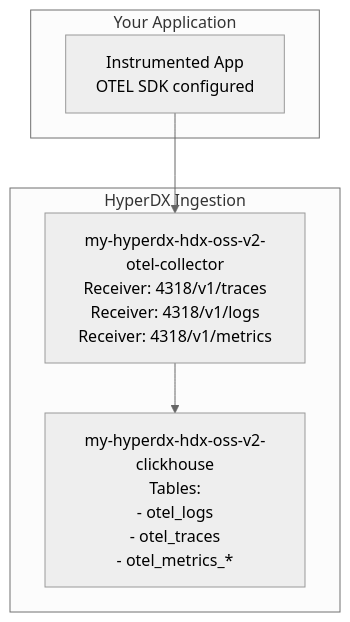
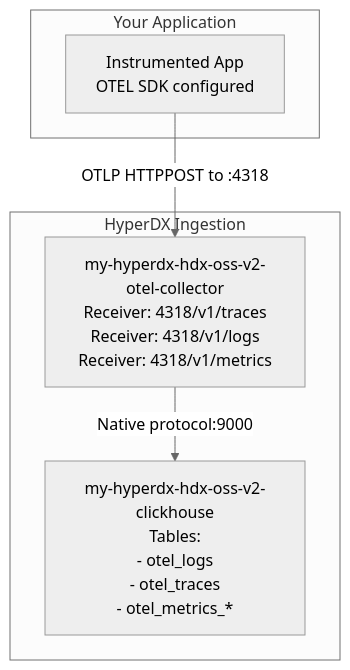
One commit to openchoreo/openchoreo changed the third of 4 diagrams in docs/hyperdxio-helm-charts-docs/Quick-Start-Guide.md. Above: the diagram before and after it, drawn with Mermaid (neutral theme). The commit also changed other lines of this file and 85 other files, not shown here.

Commit message:
feat: Add new workflow and specification templates, update Helm chart dependencies, and clarify documentation diagrams.

````diff
--- a/docs/hyperdxio-helm-charts-docs/Quick-Start-Guide.md
+++ b/docs/hyperdxio-helm-charts-docs/Quick-Start-Guide.md
@@ -228,19 +228,19 @@
 ```mermaid
 flowchart TD
 
 App["Instrumented App<br>OTEL SDK configured"]
 OTEL["my-hyperdx-hdx-oss-v2-otel-collector<br>Receiver: 4318/v1/traces<br>Receiver: 4318/v1/logs<br>Receiver: 4318/v1/metrics"]
 CH["my-hyperdx-hdx-oss-v2-clickhouse<br>Tables:<br>- otel_logs<br>- otel_traces<br>- otel_metrics_*"]
 
-App --> OTEL
+App -->|"OTLP HTTPPOST to :4318"| OTEL
 
 subgraph subGraph1 ["HyperDX Ingestion"]
     OTEL
     CH
-    OTEL --> CH
+    OTEL -->|"Native protocol:9000"| CH
 end
 
 subgraph subGraph0 ["Your Application"]
     App
 end
 ```
````
